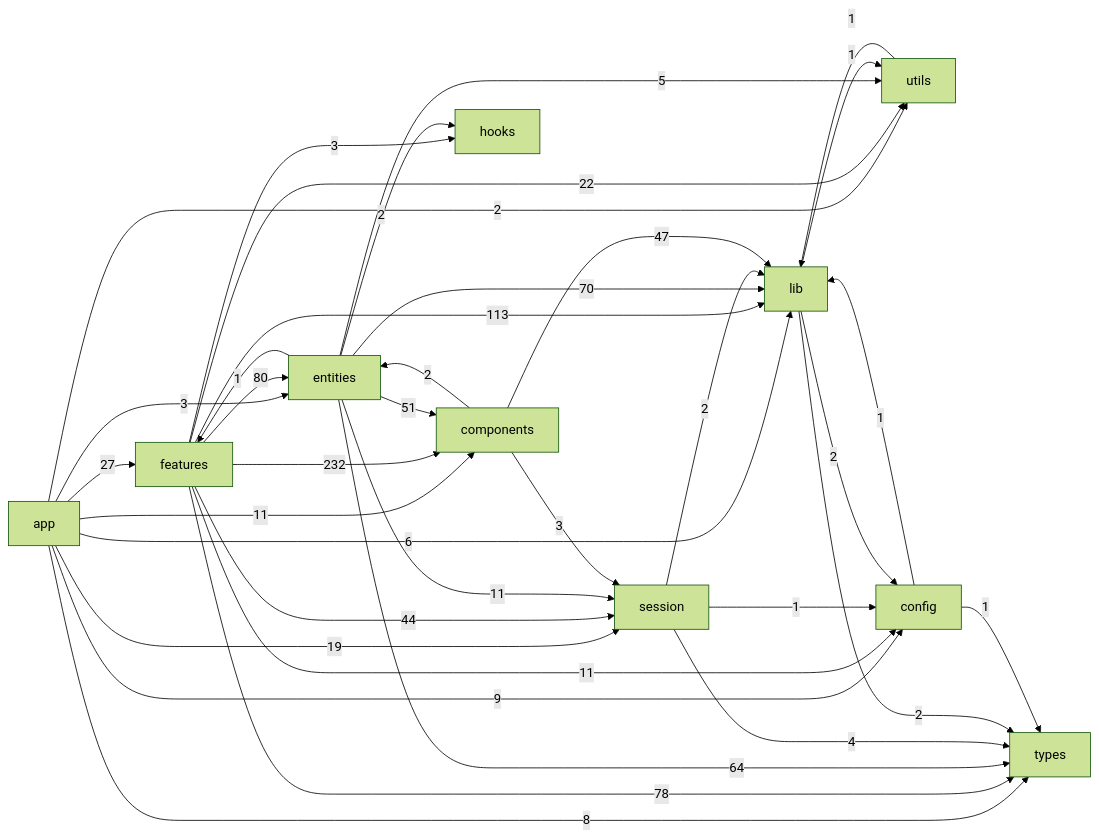
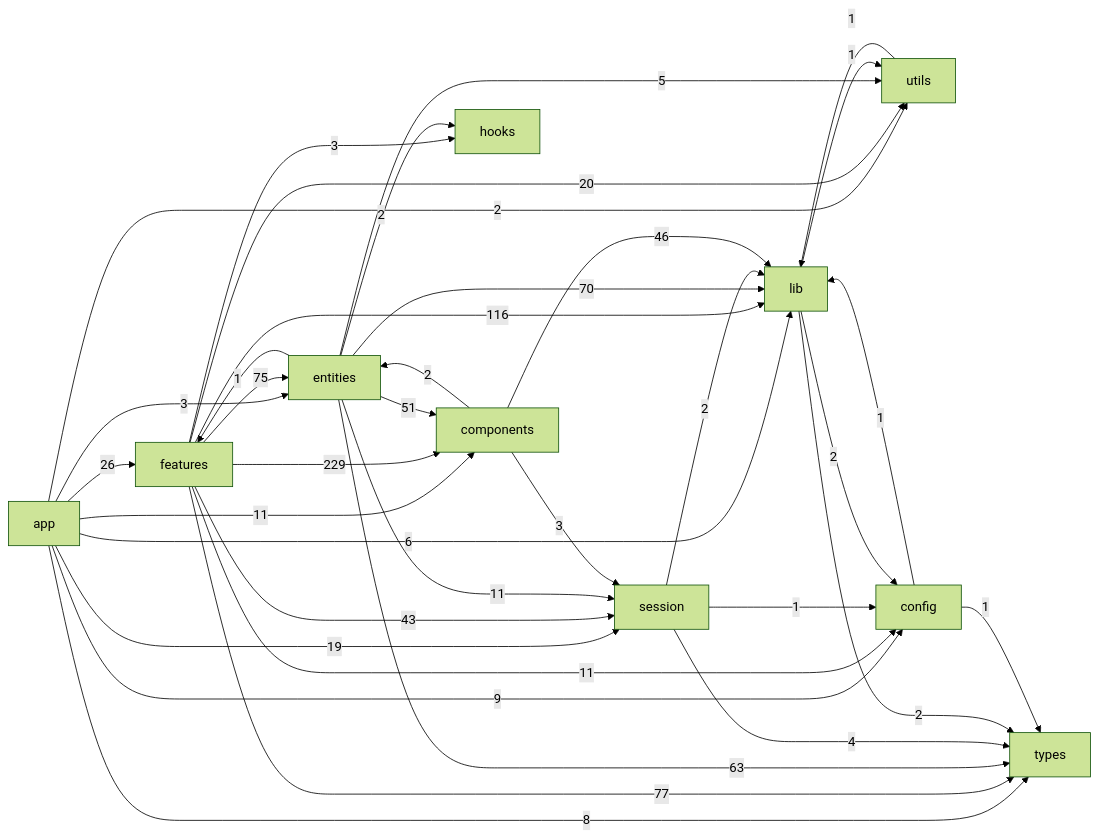
One commit to JohnnyZhao2/LMS changed the diagram in lms_frontend/docs/generated/feature-dependency-graph.md. Above: the diagram before and after it, drawn with Mermaid (forest theme). The commit also changed other lines of this file and 8 other files, not shown here.

Commit message:
refactor(docs, components): 更新文档和组件结构 - 删除了未使用的 `searchable-select` 组件，减少代码冗余。 - 更新了组件清单，调整了共享组件和功能组件的数量。 - 优化了特性依赖图，修正了组件与特性之间的引用关系。 - 移除了不再使用的用户授权页面，简化用户管理流程。 - 清理了日期时间格式化函数，移除了不必要的格式化方法。

````diff
--- a/lms_frontend/docs/generated/feature-dependency-graph.md
+++ b/lms_frontend/docs/generated/feature-dependency-graph.md
@@ -7,48 +7,48 @@
 ```mermaid
 flowchart LR
   app["app"]
   features["features"]
   entities["entities"]
   session["session"]
   components["components"]
   hooks["hooks"]
   lib["lib"]
   utils["utils"]
   config["config"]
   types["types"]
-  app -->|27| features
+  app -->|26| features
   app -->|3| entities
   app -->|19| session
   app -->|11| components
   app -->|6| lib
   app -->|2| utils
   app -->|9| config
   app -->|8| types
-  features -->|80| entities
-  features -->|44| session
-  features -->|232| components
+  features -->|75| entities
+  features -->|43| session
+  features -->|229| components
   features -->|3| hooks
-  features -->|113| lib
-  features -->|22| utils
+  features -->|116| lib
+  features -->|20| utils
   features -->|11| config
-  features -->|78| types
+  features -->|77| types
   entities -->|1| features
   entities -->|11| session
   entities -->|51| components
   entities -->|2| hooks
   entities -->|70| lib
   entities -->|5| utils
-  entities -->|64| types
+  entities -->|63| types
   session -->|2| lib
   session -->|1| config
   session -->|4| types
   components -->|2| entities
   components -->|3| session
-  components -->|47| lib
+  components -->|46| lib
   lib -->|1| utils
   lib -->|2| config
   lib -->|2| types
   utils -->|1| lib
   config -->|1| lib
   config -->|1| types
 ```
````
